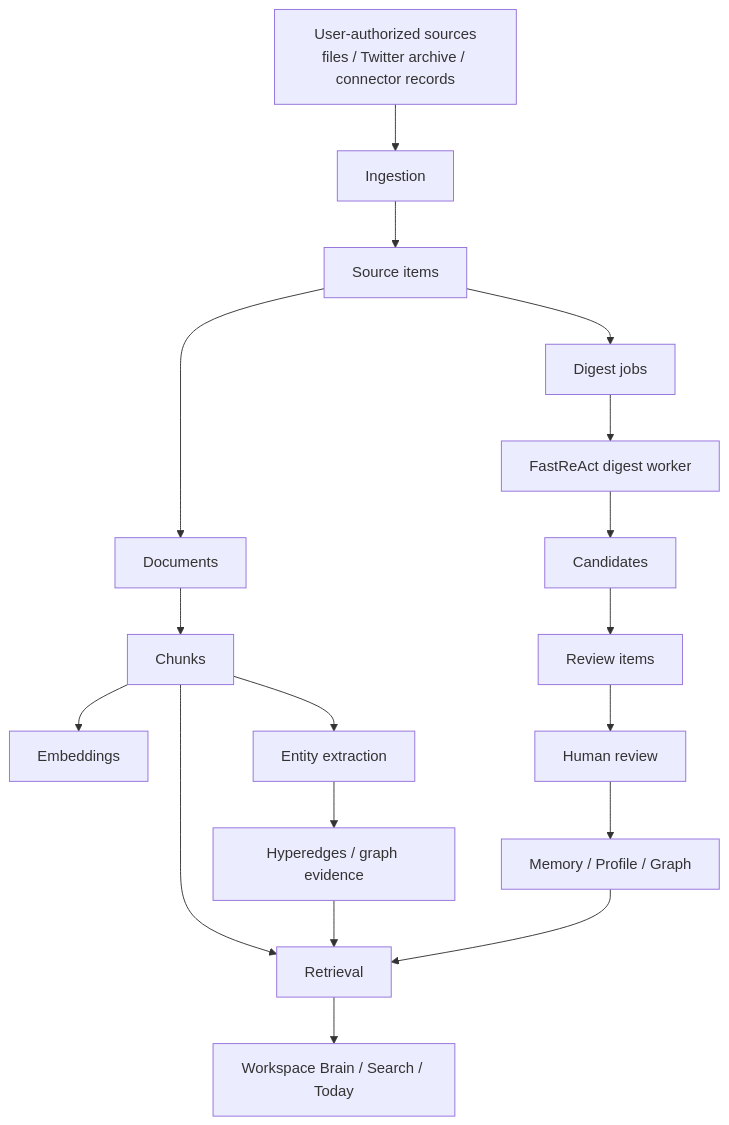
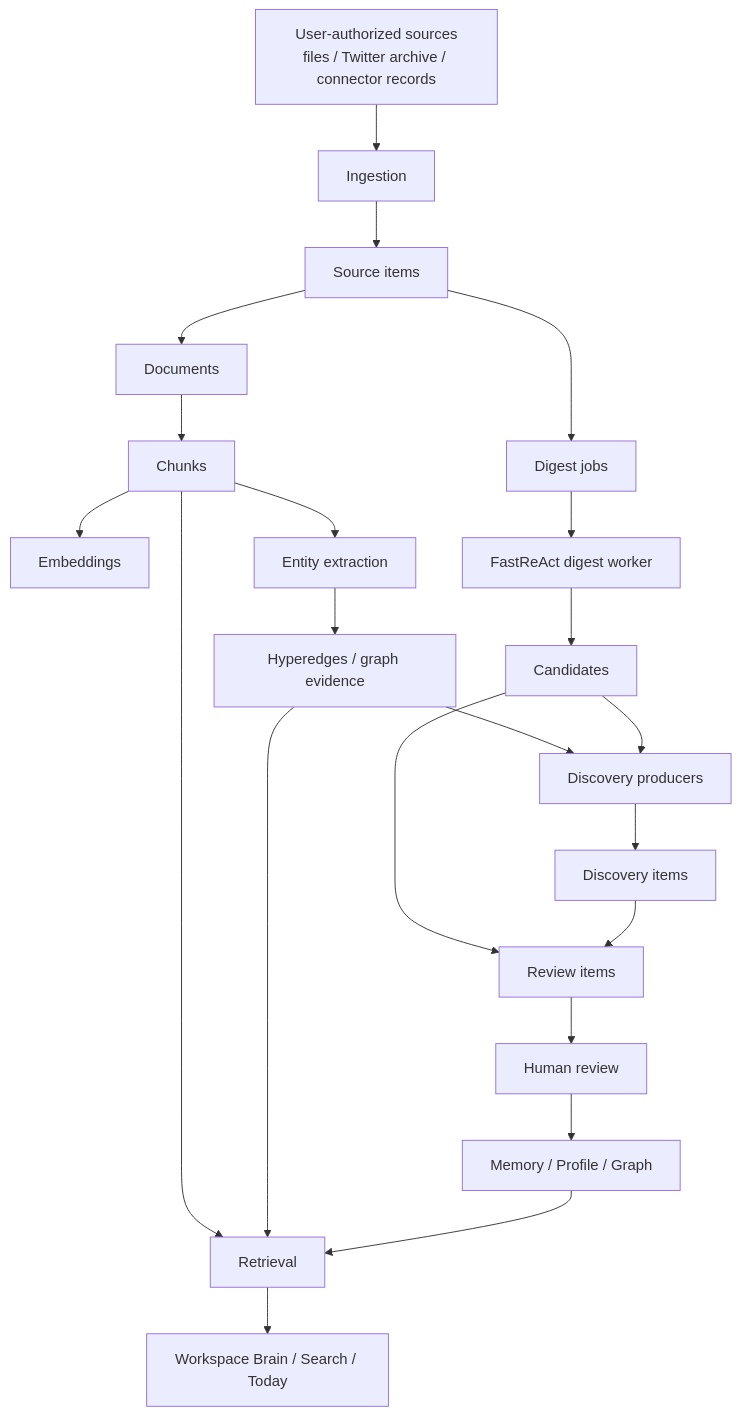
Before and after one commit to atom32/PSKA: the diagram in docs/ARCHITECTURE.md, drawn with Mermaid. The commit also changed other lines of this file and 1 other file, not shown here.

Commit message:
Document discovery governance invariants

````diff
--- a/docs/ARCHITECTURE.md
+++ b/docs/ARCHITECTURE.md
@@ -12,20 +12,24 @@
 ```mermaid
 flowchart TD
   A["User-authorized sources<br/>files / Twitter archive / connector records"] --> B["Ingestion"]
   B --> C["Source items"]
   C --> D["Documents"]
   D --> E["Chunks"]
   E --> F["Embeddings"]
   E --> G["Entity extraction"]
   G --> H["Hyperedges / graph evidence"]
   C --> I["Digest jobs"]
   I --> J["FastReAct digest worker"]
   J --> K["Candidates"]
   K --> L["Review items"]
   L --> M["Human review"]
   M --> N["Memory / Profile / Graph"]
+  H --> Q["Discovery producers"]
+  K --> Q
+  Q --> R["Discovery items"]
+  R --> L
   E --> O["Retrieval"]
   H --> O
   N --> O
   O --> P["Workspace Brain / Search / Today"]
 ```
````
